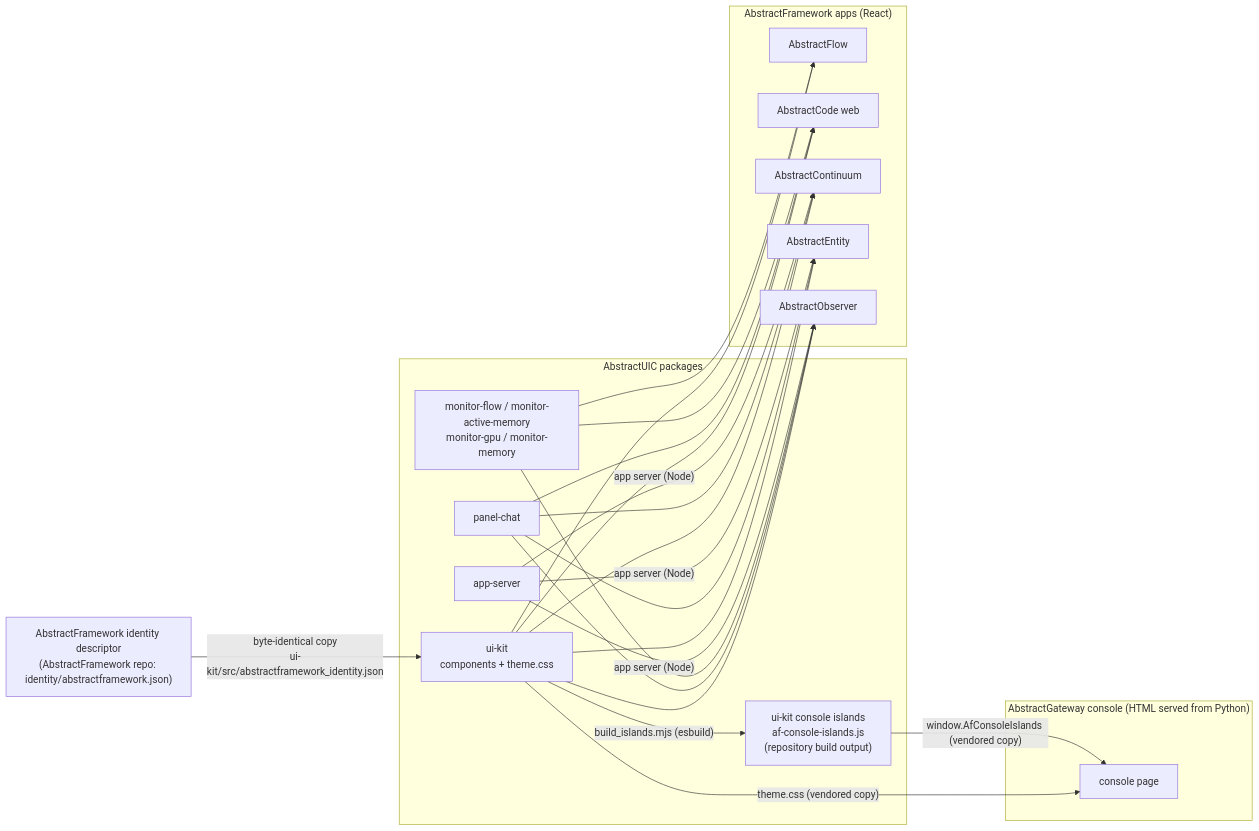
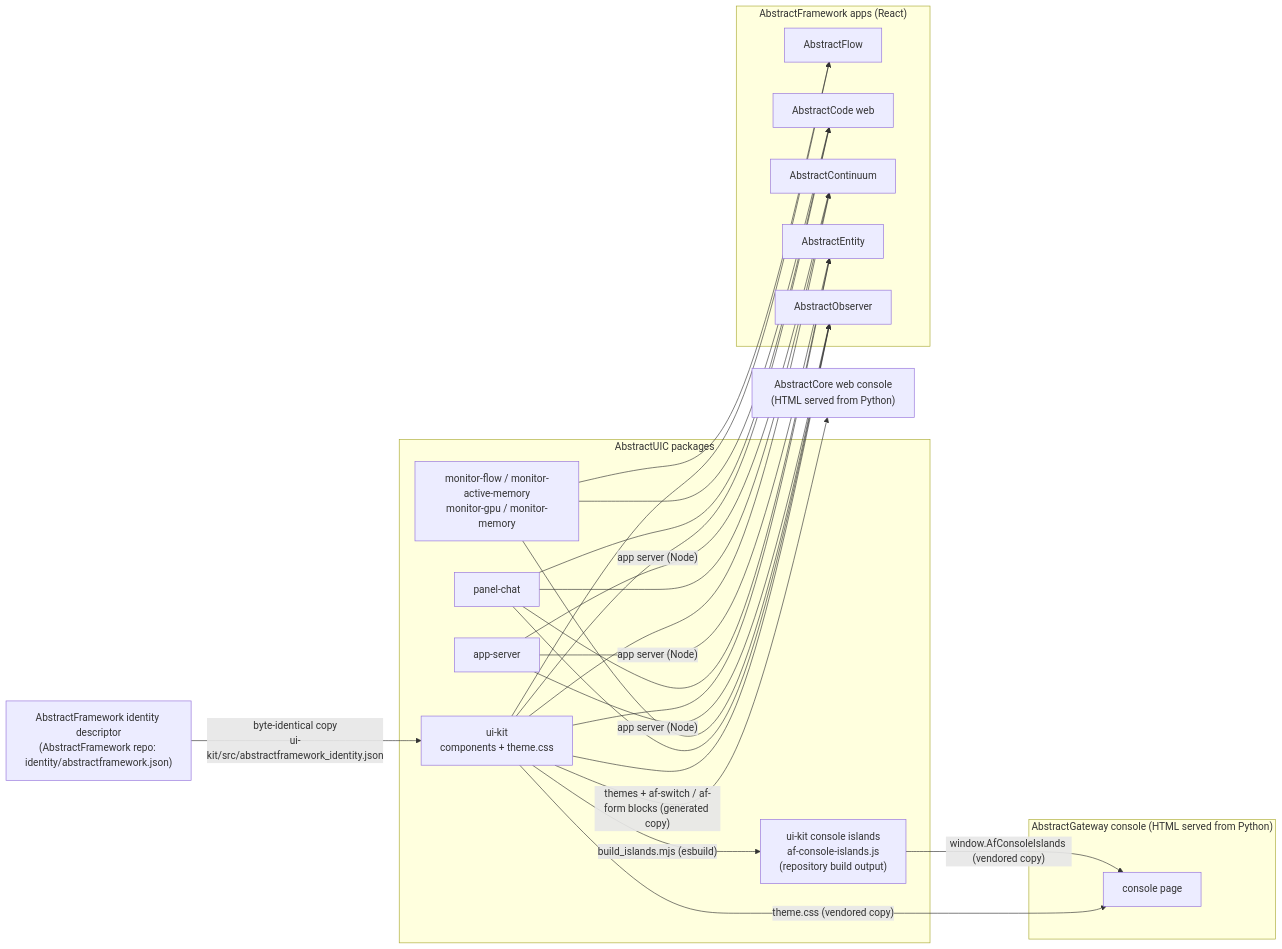
The first of 8 diagrams in docs/architecture.md (lpalbou/AbstractUIC), drawn with Mermaid before and after one commit. The commit also changed other lines of this file and 23 other files, not shown here.

````diff
--- a/docs/architecture.md
+++ b/docs/architecture.md
@@ -26,34 +28,37 @@
 ```mermaid
 flowchart LR
   subgraph UIC["AbstractUIC packages"]
     UIKIT["ui-kit<br/>components + theme.css"]
     ISL["ui-kit console islands<br/>af-console-islands.js<br/>(repository build output)"]
     CHAT["panel-chat"]
     APPSRV["app-server"]
     MON["monitor-flow / monitor-active-memory<br/>monitor-gpu / monitor-memory"]
   end
 
   UIKIT -->|"build_islands.mjs (esbuild)"| ISL
 
   subgraph Apps["AbstractFramework apps (React)"]
     FLOWAPP["AbstractFlow"]
     CODE["AbstractCode web"]
     CONT["AbstractContinuum"]
     ENT["AbstractEntity"]
     OBS["AbstractObserver"]
   end
 
   subgraph GW["AbstractGateway console (HTML served from Python)"]
     CONSOLE["console page"]
   end
 
+  CORECON["AbstractCore web console<br/>(HTML served from Python)"]
+
   IDDESC["AbstractFramework identity descriptor<br/>(AbstractFramework repo: identity/abstractframework.json)"]
   IDDESC -->|"byte-identical copy<br/>ui-kit/src/abstractframework_identity.json"| UIKIT
 
   UIKIT --> FLOWAPP & CODE & CONT & ENT & OBS
   CHAT --> CODE & CONT & ENT & OBS
   MON --> FLOWAPP & CODE & OBS
   APPSRV -->|"app server (Node)"| CONT & ENT & OBS
   UIKIT -->|"theme.css (vendored copy)"| CONSOLE
   ISL -->|"window.AfConsoleIslands (vendored copy)"| CONSOLE
+  UIKIT -->|"themes + af-switch / af-form blocks (generated copy)"| CORECON
 ```
````
